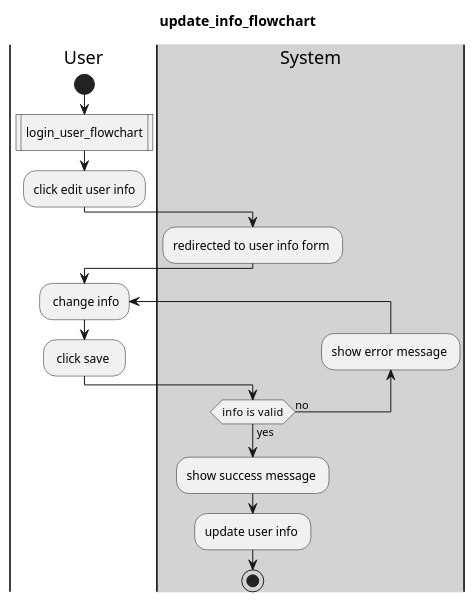
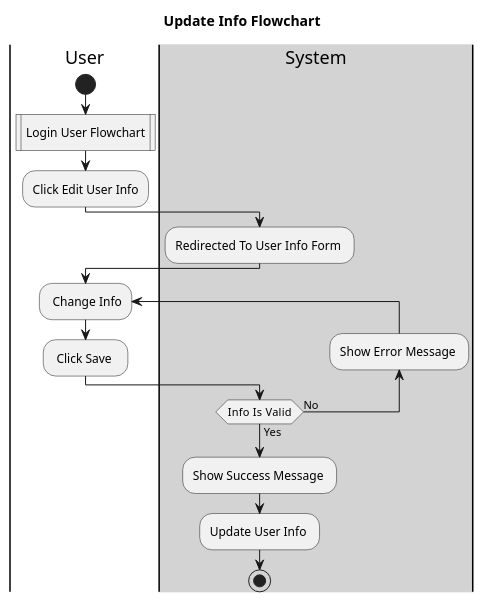
The diagram in Diagram/flowchart/account/update_info_flowchart.wsd (KTPx4/Social_Media), drawn with PlantUML before and after one commit. The commit also changed 10 other files, not shown here.

Commit message:
PHuc | change flowchart

```diff
--- a/Diagram/flowchart/account/update_info_flowchart.wsd
+++ b/Diagram/flowchart/account/update_info_flowchart.wsd
@@ -1,18 +1,18 @@
 @startuml 
-title update_info_flowchart
+title Update Info Flowchart
 |User|
 start
-:login_user_flowchart|
-:click edit user info;
+:Login User Flowchart|
+:Click Edit User Info;
 |#lightgray|System|
-:redirected to user info form ; 
+:Redirected To User Info Form ; 
 |User| 
-repeat: change info;
-: click save  ; 
+repeat: Change Info;
+: Click Save  ; 
 |#lightgray|System| 
-backward:show error message ;
-repeat while(info  is valid) is (no) not (yes)
-:show success message ;
-:update user info ;
+backward:Show Error Message ;
+repeat while(Info  Is Valid) is (No) not (Yes)
+:Show Success Message ;
+:Update User Info ;
 stop
 @enduml
```
